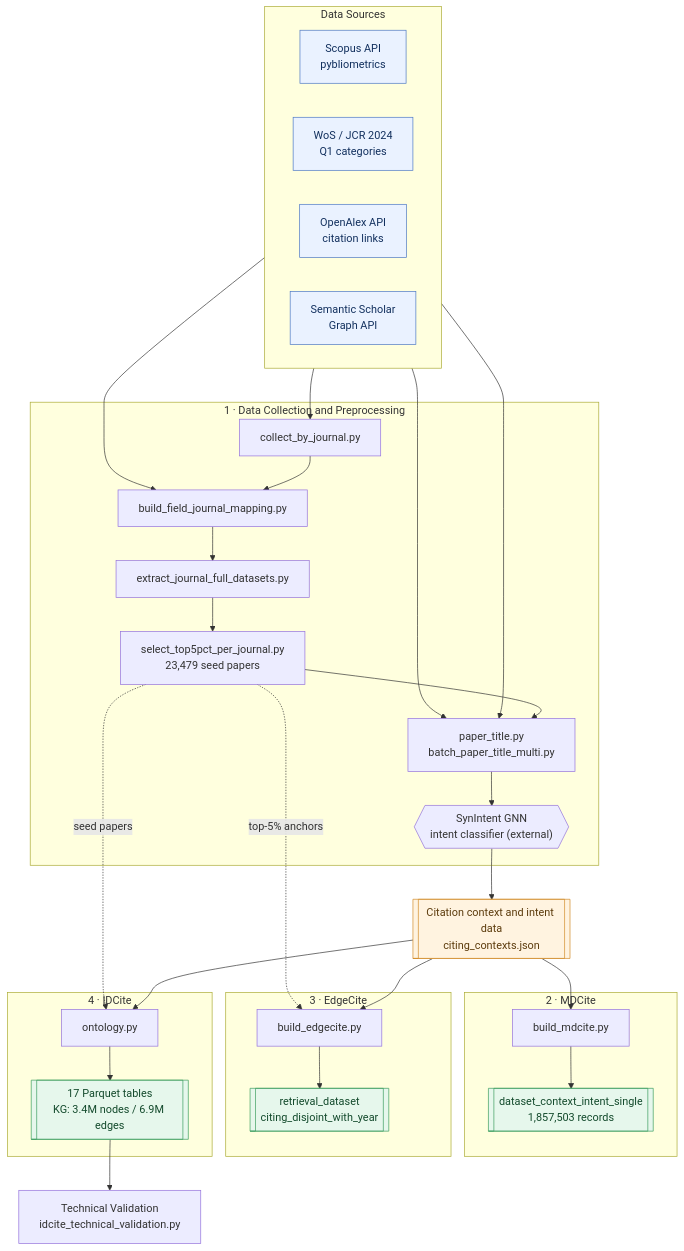
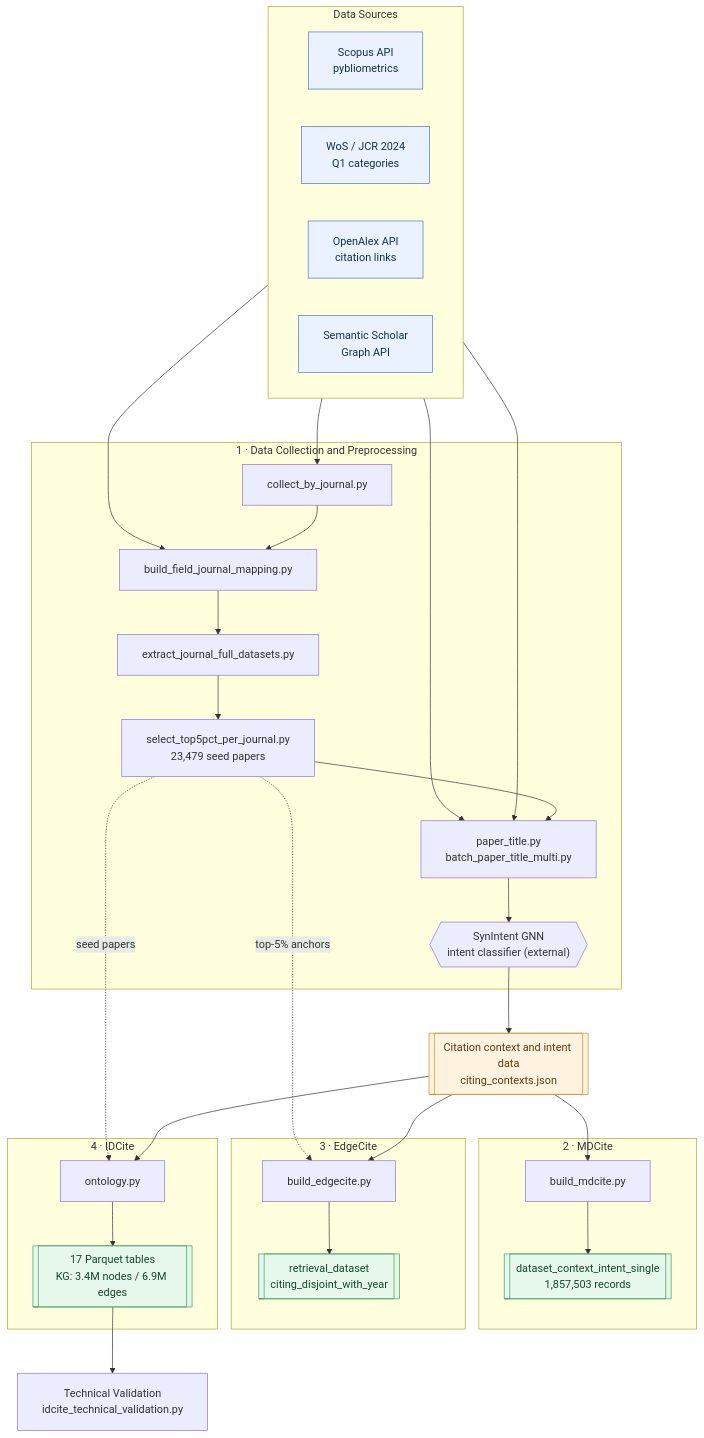
The diagram in README.md (SeohyunNam/Temporal-and-Cross-Field-Robustness-of-Citation-Intent-with-Large-Language-Model), drawn with Mermaid before and after one commit.

Commit message:
Enlarge diagram node boxes to prevent script-name clipping
Add a Mermaid init directive increasing flowchart padding and node/rank spacing so long .py script names in the Pipeline-at-a-Glance diagram are no longer cut off.

````diff
--- a/README.md
+++ b/README.md
@@ -17,53 +17,54 @@
 ```mermaid
+%%{init: {"flowchart": {"htmlLabels": true, "padding": 18, "nodeSpacing": 55, "rankSpacing": 65}}}%%
 flowchart TD
     subgraph SRC["Data Sources"]
         direction LR
         S1["Scopus API<br/>pybliometrics"]
         S2["WoS / JCR 2024<br/>Q1 categories"]
         S3["OpenAlex API<br/>citation links"]
         S4["Semantic Scholar<br/>Graph API"]
     end
 
     subgraph P1["1 · Data Collection and Preprocessing"]
         A1["collect_by_journal.py"]
         A2["build_field_journal_mapping.py"]
         A3["extract_journal_full_datasets.py"]
         A4["select_top5pct_per_journal.py<br/>23,479 seed papers"]
         A5["paper_title.py<br/>batch_paper_title_multi.py"]
         A6{{"SynIntent GNN<br/>intent classifier (external)"}}
         A1 --> A2 --> A3 --> A4 --> A5 --> A6
     end
 
     CTX[["Citation context and intent data<br/>citing_contexts.json"]]
     A6 --> CTX
 
     subgraph P2["2 · MDCite"]
         B1["build_mdcite.py"] --> B2[["dataset_context_intent_single<br/>1,857,503 records"]]
     end
     subgraph P3["3 · EdgeCite"]
         C1["build_edgecite.py"] --> C2[["retrieval_dataset<br/>citing_disjoint_with_year"]]
     end
     subgraph P4["4 · IDCite"]
         D1["ontology.py"] --> D2[["17 Parquet tables<br/>KG: 3.4M nodes / 6.9M edges"]]
     end
 
     VAL["Technical Validation<br/>idcite_technical_validation.py"]
 
     S1 --> A1
     S2 --> A2
     S3 --> A5
     S4 --> A5
     CTX --> B1
     CTX --> C1
     CTX --> D1
     A4 -. "top-5% anchors" .-> C1
     A4 -. "seed papers" .-> D1
     D2 --> VAL
 
     classDef src fill:#eaf2ff,stroke:#4a76c4,color:#12305e;
     classDef out fill:#e6f7ec,stroke:#3a9d5d,color:#134a2c;
     classDef ctx fill:#fff3e0,stroke:#d18b28,color:#5c3b0c;
     class S1,S2,S3,S4 src;
     class B2,C2,D2 out;
     class CTX ctx;
 ```
````
